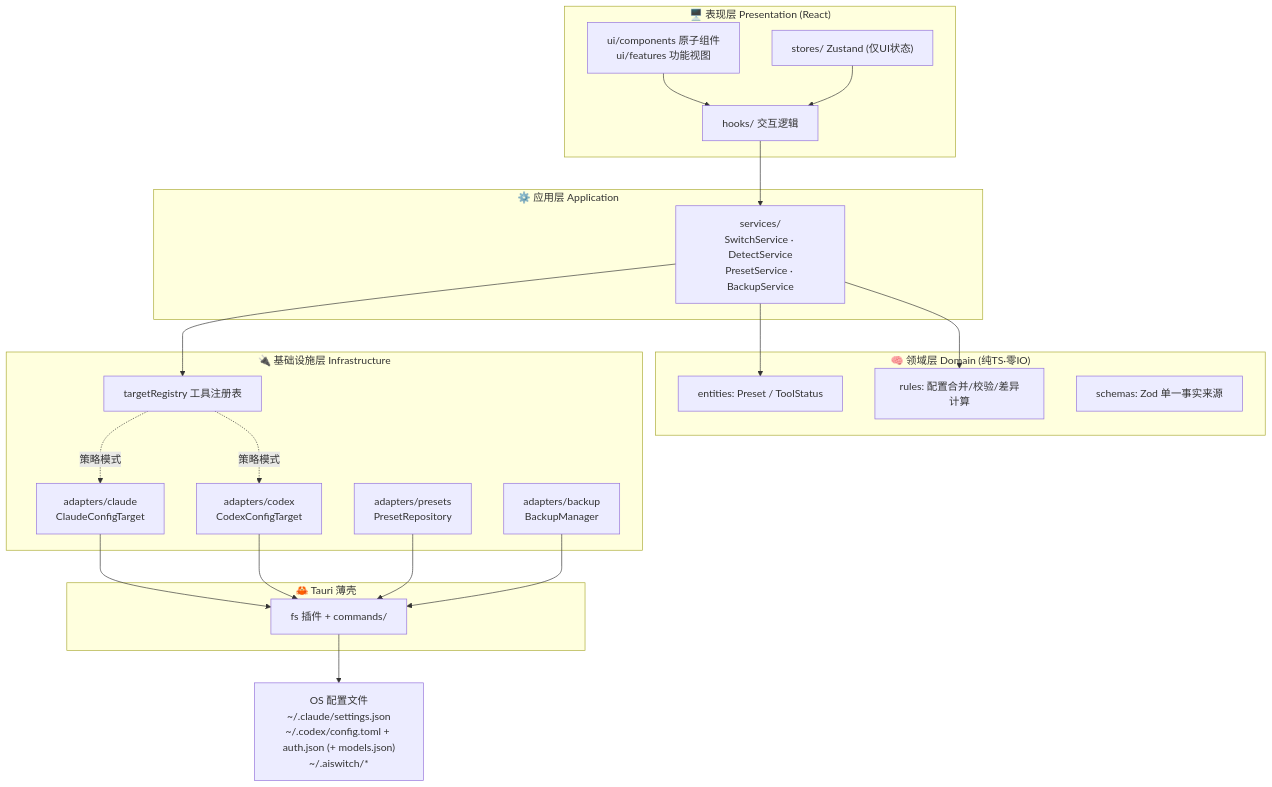
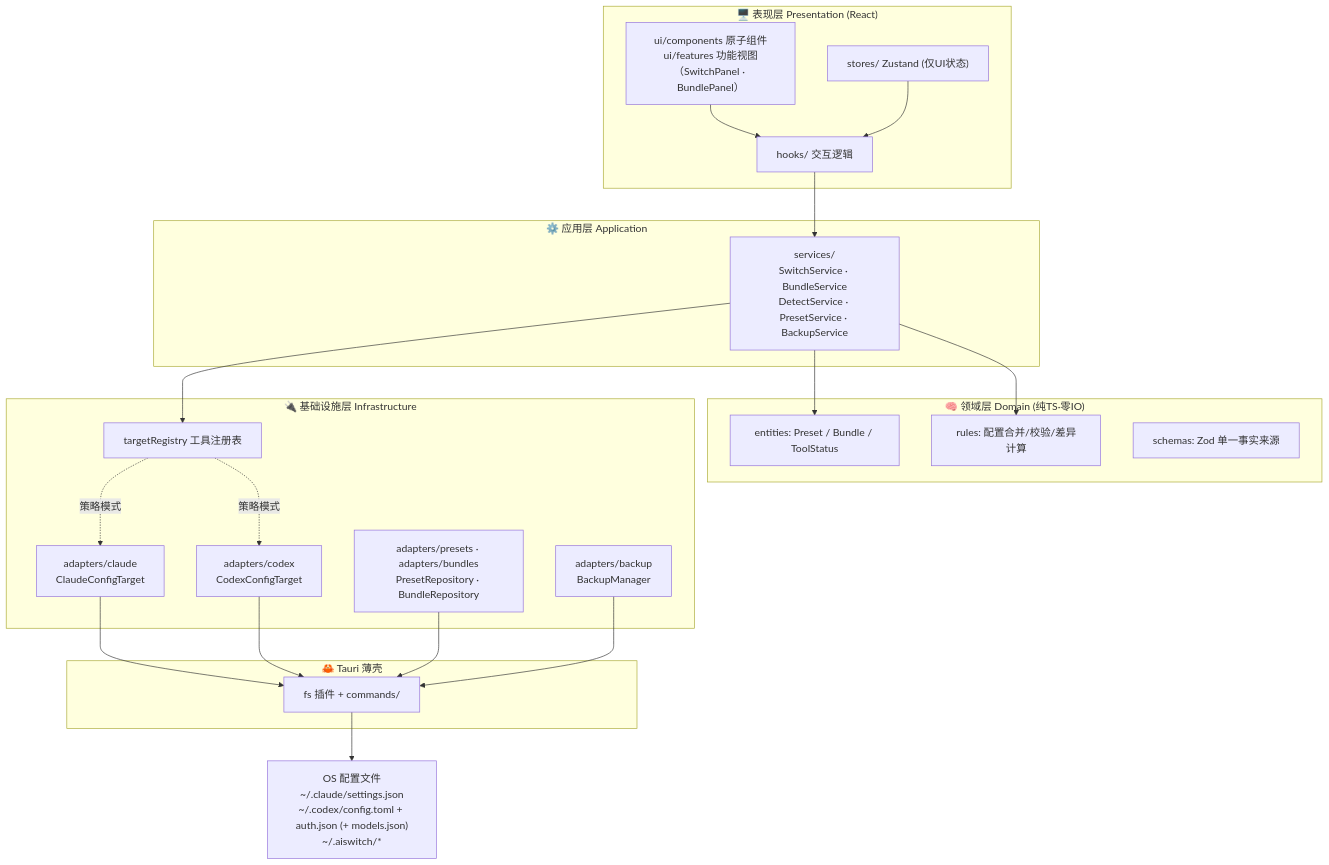
Before and after one commit to small-dream/AISwitch: the first of 2 diagrams in docs/ARCHITECTURE.md, drawn with Mermaid. The commit also changed other lines of this file and 8 other files, not shown here.

Commit message:
docs: 回写 PRD/ARCHITECTURE/ROADMAP/README，同步依赖变更

````diff
--- a/docs/ARCHITECTURE.md
+++ b/docs/ARCHITECTURE.md
@@ -29,39 +29,39 @@
 ```mermaid
 graph TB
     subgraph L1["🖥️ 表现层 Presentation (React)"]
-        UI["ui/components 原子组件<br/>ui/features 功能视图"]
+        UI["ui/components 原子组件<br/>ui/features 功能视图（SwitchPanel · BundlePanel）"]
         HK["hooks/ 交互逻辑"]
         ST["stores/ Zustand (仅UI状态)"]
     end
 
     subgraph L2["⚙️ 应用层 Application"]
-        SVC["services/<br/>SwitchService · DetectService<br/>PresetService · BackupService"]
+        SVC["services/<br/>SwitchService · BundleService<br/>DetectService · PresetService · BackupService"]
     end
 
     subgraph L3["🧠 领域层 Domain (纯TS·零IO)"]
-        ENT["entities: Preset / ToolStatus"]
+        ENT["entities: Preset / Bundle / ToolStatus"]
         RULE["rules: 配置合并/校验/差异计算"]
         SCH["schemas: Zod 单一事实来源"]
     end
 
     subgraph L4["🔌 基础设施层 Infrastructure"]
         REG["targetRegistry 工具注册表"]
         CA["adapters/claude<br/>ClaudeConfigTarget"]
         CO["adapters/codex<br/>CodexConfigTarget"]
-        PR["adapters/presets<br/>PresetRepository"]
+        PR["adapters/presets · adapters/bundles<br/>PresetRepository · BundleRepository"]
         BK["adapters/backup<br/>BackupManager"]
     end
 
     subgraph L5["🦀 Tauri 薄壳"]
         FS["fs 插件 + commands/"]
     end
 
     OS["OS 配置文件<br/>~/.claude/settings.json<br/>~/.codex/config.toml + auth.json (+ models.json)<br/>~/.aiswitch/*"]
 
     UI --> HK --> SVC
     ST --> HK
     SVC --> ENT & RULE
     SVC --> REG
     REG -.策略模式.-> CA & CO
     CA & CO & PR & BK --> FS --> OS
 ```
````
